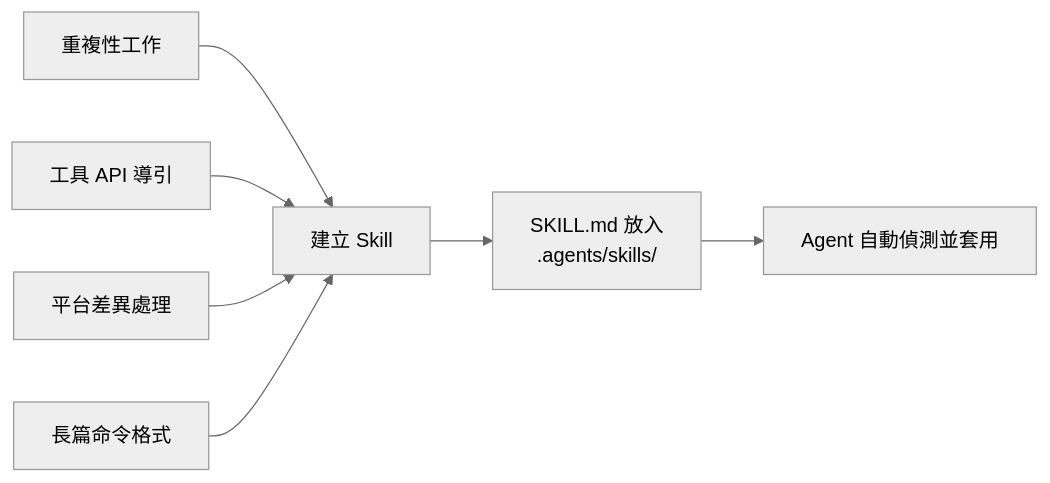
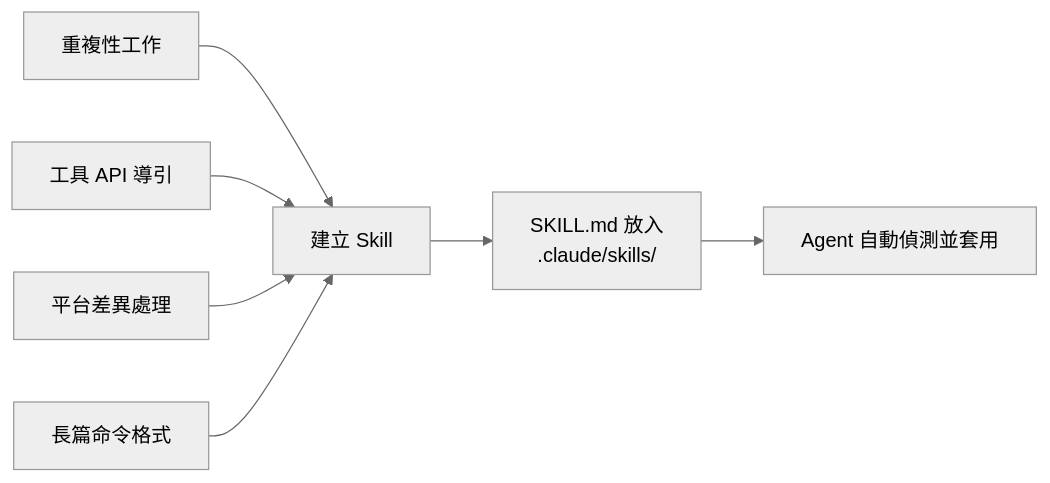
The diagram in a02_Skills撰寫與實戰範例.md (gemini960114/CC), drawn with Mermaid (neutral theme) before and after one commit. The commit also changed other lines of this file, not shown here.

````diff
--- a/a02_Skills撰寫與實戰範例.md
+++ b/a02_Skills撰寫與實戰範例.md
@@ -332,9 +390,9 @@
 ```mermaid
 flowchart LR
     A[重複性工作] --> B[建立 Skill]
     C[工具 API 導引] --> B
     D[平台差異處理] --> B
     E[長篇命令格式] --> B
-    B --> F["SKILL.md 放入\n.agents/skills/"]
+    B --> F["SKILL.md 放入\n.claude/skills/"]
     F --> G[Agent 自動偵測並套用]
 ```
````
